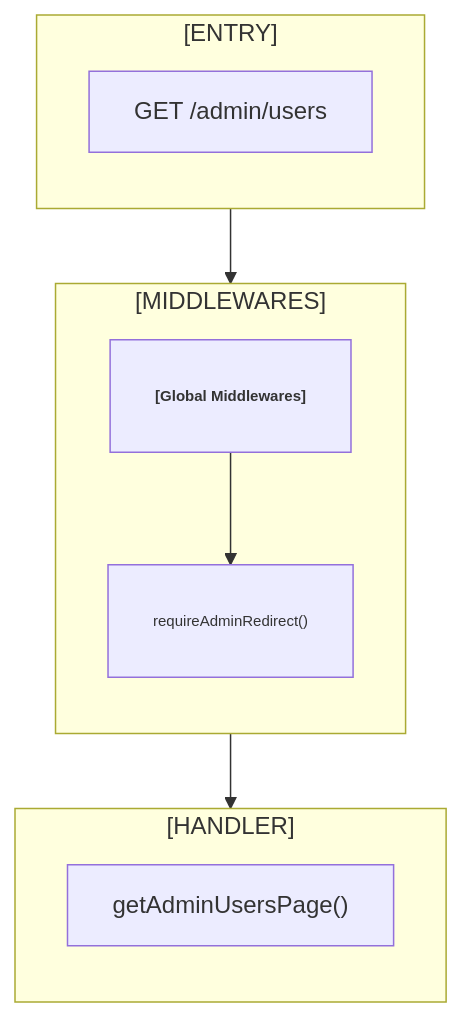
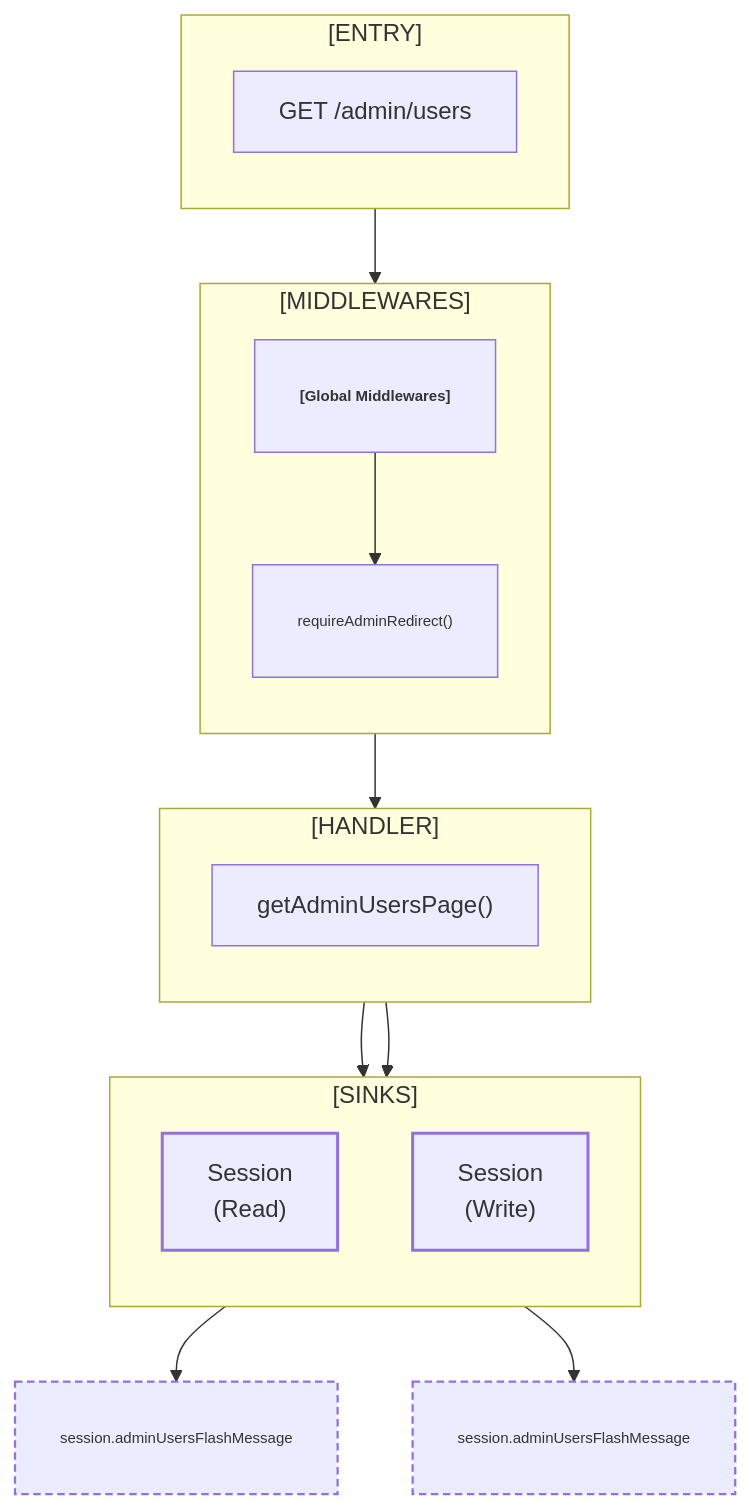
The diagram in docs/flowmap/flows/GET__admin_users.mmd (irondenker/my-code-my-kill), drawn with Mermaid before and after one commit. The commit also changed 25 other files, not shown here.

Commit message:
📚 Docs: Update flowmap session key styles and redirect labels

```diff
--- a/docs/flowmap/flows/GET__admin_users.mmd
+++ b/docs/flowmap/flows/GET__admin_users.mmd
@@ -1,22 +1,41 @@
 flowchart TD
 subgraph ENTRY_BLOCK["[ENTRY]"]
 direction TB
 ENTRY["GET /admin/users"]
 end
 subgraph MIDDLEWARES["[MIDDLEWARES]"]
 direction TB
 MIDDLEWARE1["<b>[Global Middlewares]</b>"]
 MIDDLEWARE2["requireAdminRedirect()"]
 end
 ENTRY --> MIDDLEWARE1
 MIDDLEWARE1 --> MIDDLEWARE2
 subgraph HANDLER_BLOCK["[HANDLER]"]
 direction TB
 HANDLER["getAdminUsersPage()"]
 end
 MIDDLEWARE2 --> HANDLER
+subgraph SINKS["[SINKS]"]
+direction TB
+SINK1["Session<br/>(Read)"]
+SINK2["Session<br/>(Write)"]
+end
+HANDLER --> SINK1
+HANDLER --> SINK2
+SINK_READ_KEY1["session.adminUsersFlashMessage"]
+SINK1 --> SINK_READ_KEY1
+SINK_WRITE_KEY1["session.adminUsersFlashMessage"]
+SINK2 --> SINK_WRITE_KEY1
 classDef middleware font-size:10px,padding:2px,stroke-width:1;
 classDef diagnostics stroke-dasharray: 2 2;
 classDef sink stroke-width:2;
+classDef sessionKey font-size:10px,padding:2px;
+classDef flash stroke-dasharray: 5 3,stroke-width:1.5;
+classDef auth stroke-dasharray: 0,stroke-width:1.5;
+classDef other stroke:#6b7280;
 classDef exit stroke-dasharray: 4 2;
 class MIDDLEWARE1,MIDDLEWARE2 middleware;
+class SINK1,SINK2 sink;
+class SINK_READ_KEY1 sessionKey;
+class SINK_WRITE_KEY1 sessionKey;
+class SINK_READ_KEY1,SINK_WRITE_KEY1 flash;
```
